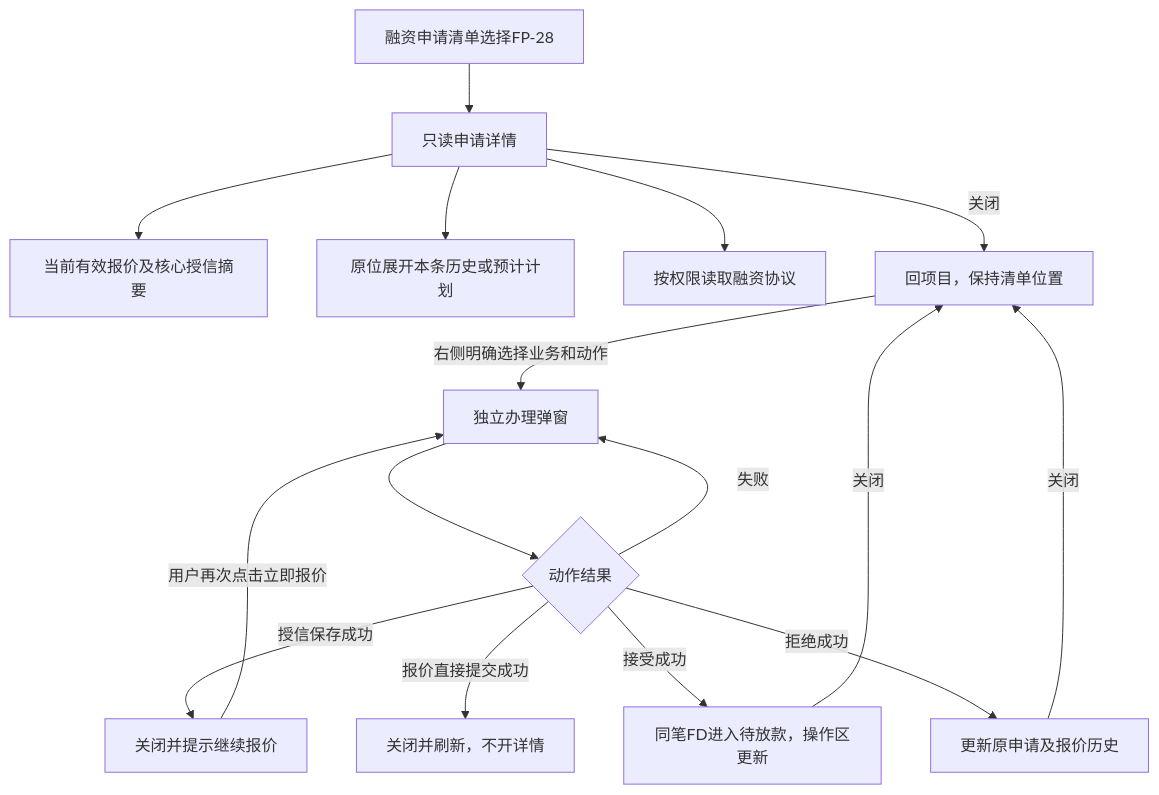
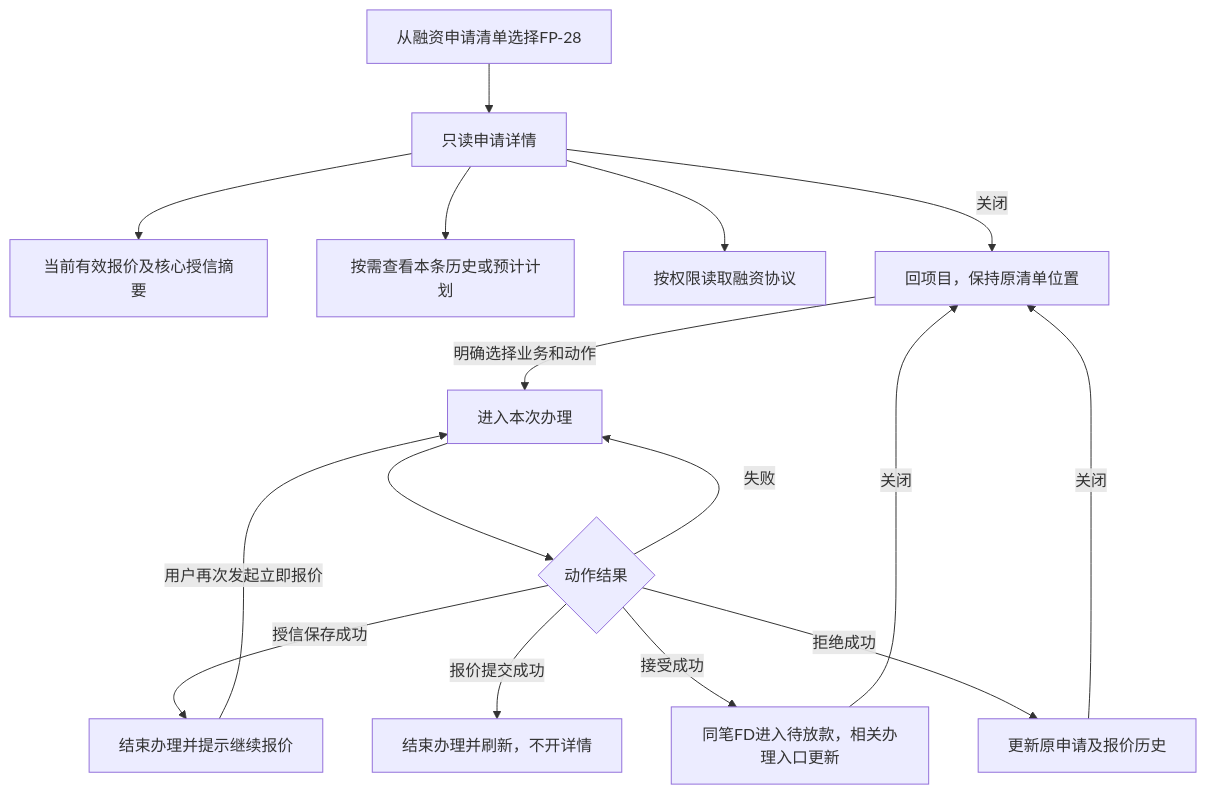
One commit to wxblockchain/Chain-Financing changed the fifth of 8 diagrams in lending-platform/PRD/v1.0-借贷广场-授信报价与接受拒绝/02-授信报价与接受拒绝-流程图与状态机.md. Above: the diagram before and after it, drawn with Mermaid. The commit also changed other lines of this file and 4 other files, not shown here.

````diff
--- a/lending-platform/PRD/v1.0-借贷广场-授信报价与接受拒绝/02-授信报价与接受拒绝-流程图与状态机.md
+++ b/lending-platform/PRD/v1.0-借贷广场-授信报价与接受拒绝/02-授信报价与接受拒绝-流程图与状态机.md
@@ -117,18 +117,18 @@
 ```mermaid
 flowchart TD
-  A[融资申请清单选择FP-28] --> B[只读申请详情]
+  A[从融资申请清单选择FP-28] --> B[只读申请详情]
   B --> C[当前有效报价及核心授信摘要]
-  B --> D[原位展开本条历史或预计计划]
+  B --> D[按需查看本条历史或预计计划]
   B --> E[按权限读取融资协议]
-  B -->|关闭| P[回项目，保持清单位置]
-  P -->|右侧明确选择业务和动作| Q[独立办理弹窗]
+  B -->|关闭| P[回项目，保持原清单位置]
+  P -->|明确选择业务和动作| Q[进入本次办理]
   Q --> R{动作结果}
-  R -->|授信保存成功| S[关闭并提示继续报价]
-  R -->|报价直接提交成功| T[关闭并刷新，不开详情]
-  R -->|接受成功| U[同笔FD进入待放款，操作区更新]
+  R -->|授信保存成功| S[结束办理并提示继续报价]
+  R -->|报价提交成功| T[结束办理并刷新，不开详情]
+  R -->|接受成功| U[同笔FD进入待放款，相关办理入口更新]
   R -->|拒绝成功| V[更新原申请及报价历史]
   R -->|失败| Q
-  S -->|用户再次点击立即报价| Q
+  S -->|用户再次发起立即报价| Q
   U -->|关闭| P
   V -->|关闭| P
 ```
````
